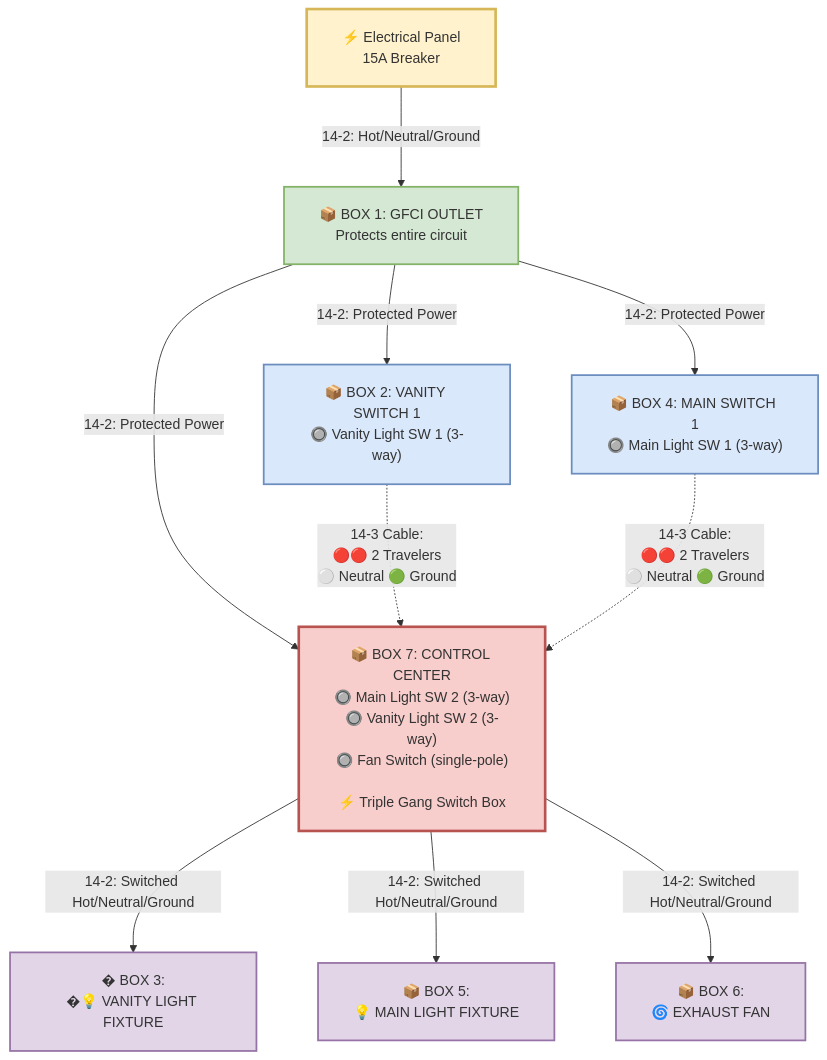
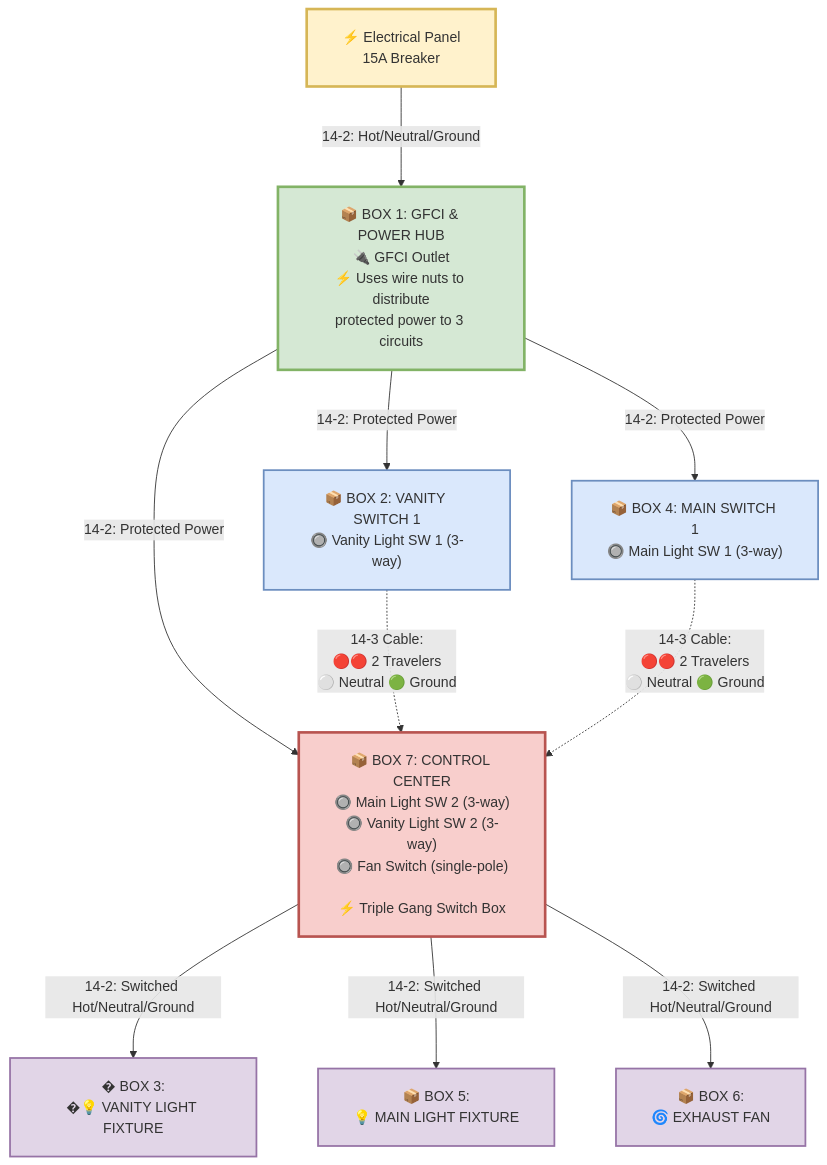
Before and after one commit to ticklemycode/electrical-wiring: the diagram in diagrams/mermaid-wiring-diagram.md, drawn with Mermaid. The commit also changed other lines of this file and 6 other files, not shown here.

````diff
--- a/diagrams/mermaid-wiring-diagram.md
+++ b/diagrams/mermaid-wiring-diagram.md
@@ -13,49 +13,49 @@
 ```mermaid
 %%{init: {'theme':'default', 'flowchart': {'nodeSpacing': 70, 'rankSpacing': 90, 'padding': 20}}}%%
 flowchart TD
     %% POWER SOURCE
     Panel["⚡ Electrical Panel<br/>15A Breaker"]
     
-    %% PROTECTION
-    GFCI["📦 BOX 1: GFCI OUTLET<br/>Protects entire circuit"]
+    %% GFCI PROTECTION & POWER DISTRIBUTION
+    GFCI["📦 BOX 1: GFCI & POWER HUB<br/>🔌 GFCI Outlet<br/>⚡ Uses wire nuts to distribute<br/>protected power to 3 circuits"]
     
     %% INDIVIDUAL SWITCHES
     VanityBox2["📦 BOX 2: VANITY SWITCH 1<br/>🔘 Vanity Light SW 1 (3-way)"]
     MainBox4["📦 BOX 4: MAIN SWITCH 1<br/>🔘 Main Light SW 1 (3-way)"]
     
     %% CENTRAL SWITCH HUB
     HubBox7["📦 BOX 7: CONTROL CENTER<br/>🔘 Main Light SW 2 (3-way)<br/>🔘 Vanity Light SW 2 (3-way)<br/>🔘 Fan Switch (single-pole)<br/><br/>⚡ Triple Gang Switch Box"]
     
     %% FIXTURES
     VanityFixture["� BOX 3:<br/>�💡 VANITY LIGHT FIXTURE"]
     MainFixture["📦 BOX 5:<br/>💡 MAIN LIGHT FIXTURE"]
     FanFixture["📦 BOX 6:<br/>🌀 EXHAUST FAN"]
 
     %% POWER DISTRIBUTION
     Panel -->|"14-2: Hot/Neutral/Ground"| GFCI
     GFCI -->|"14-2: Protected Power"| VanityBox2
     GFCI -->|"14-2: Protected Power"| MainBox4
     GFCI -->|"14-2: Protected Power"| HubBox7
     
     %% 3-WAY CIRCUITS
     VanityBox2 -.->|"14-3 Cable:<br/>🔴🔴 2 Travelers<br/>⚪ Neutral 🟢 Ground"| HubBox7
     MainBox4 -.->|"14-3 Cable:<br/>🔴🔴 2 Travelers<br/>⚪ Neutral 🟢 Ground"| HubBox7
     
     %% TO FIXTURES
     HubBox7 -->|"14-2: Switched Hot/Neutral/Ground"| VanityFixture
     HubBox7 -->|"14-2: Switched Hot/Neutral/Ground"| MainFixture
     HubBox7 -->|"14-2: Switched Hot/Neutral/Ground"| FanFixture
 
     %% STYLING
     classDef source fill:#fff2cc,stroke:#d6b656,stroke-width:3px
-    classDef protection fill:#d5e8d4,stroke:#82b366,stroke-width:2px
+    classDef gfciHub fill:#d5e8d4,stroke:#82b366,stroke-width:3px
     classDef switch fill:#dae8fc,stroke:#6c8ebf,stroke-width:2px
     classDef hub fill:#f8cecc,stroke:#b85450,stroke-width:3px
     classDef fixture fill:#e1d5e7,stroke:#9673a6,stroke-width:2px
 
     class Panel source
-    class GFCI protection
+    class GFCI gfciHub
     class VanityBox2,MainBox4 switch
     class HubBox7 hub
     class VanityFixture,MainFixture,FanFixture fixture
 ```
````
